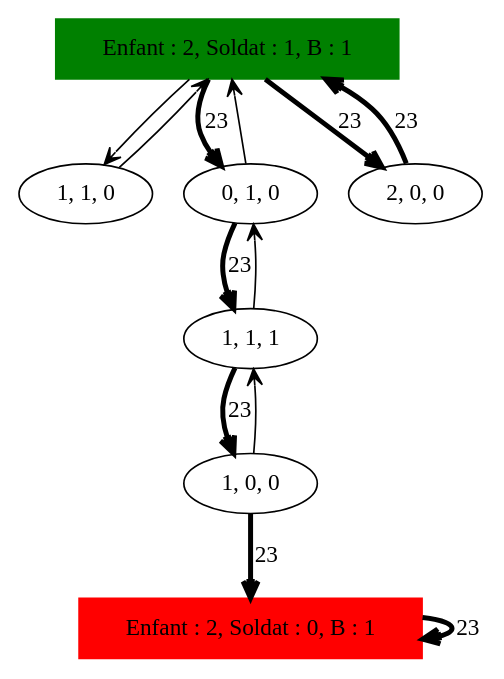
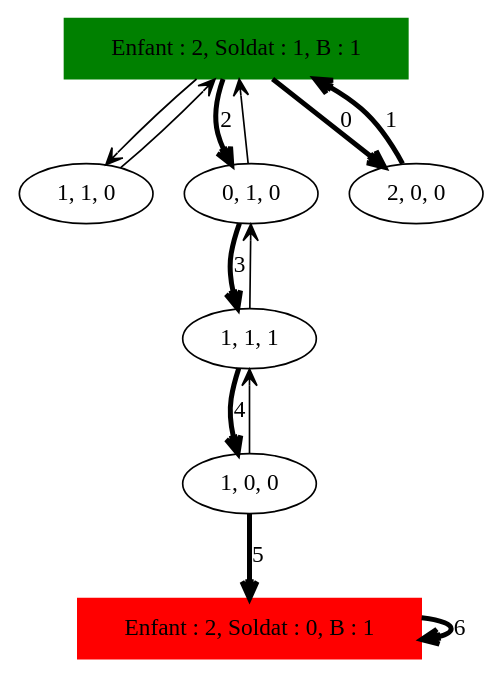
One commit to samsoucoupe/concept-a-ia changed the diagram in Concept_IA_Ben_dhiab_Roblin/DOT/Soldat/Soldat_Sol_23.dot. Above: the diagram before and after it, drawn with Graphviz. The commit also changed 251 other files, not shown here.

```diff
--- a/Concept_IA_Ben_dhiab_Roblin/DOT/Soldat/Soldat_Sol_23.dot
+++ b/Concept_IA_Ben_dhiab_Roblin/DOT/Soldat/Soldat_Sol_23.dot
@@ -1,16 +1,16 @@
 digraph Soldat_Sol_ {
 	initial [label="Enfant : 2, Soldat : 1, B : 1" color=green shape=box style=filled]
 	final [label="Enfant : 2, Soldat : 0, B : 1" color=red shape=box style=filled]
 	initial -> "1, 1, 0" [arrowhead=open]
-	initial -> "0, 1, 0" [label=23 arrowhead=open penwidth=3]
-	initial -> "2, 0, 0" [label=23 arrowhead=open penwidth=3]
-	"2, 0, 0" -> initial [label=23 arrowhead=open penwidth=3]
-	"0, 1, 0" -> "1, 1, 1" [label=23 arrowhead=open penwidth=3]
+	initial -> "0, 1, 0" [label=2 arrowhead=open penwidth=3]
+	initial -> "2, 0, 0" [label=0 arrowhead=open penwidth=3]
+	"2, 0, 0" -> initial [label=1 arrowhead=open penwidth=3]
+	"0, 1, 0" -> "1, 1, 1" [label=3 arrowhead=open penwidth=3]
 	"0, 1, 0" -> initial [arrowhead=open]
 	"1, 1, 1" -> "0, 1, 0" [arrowhead=open]
-	"1, 1, 1" -> "1, 0, 0" [label=23 arrowhead=open penwidth=3]
-	"1, 0, 0" -> final [label=23 arrowhead=open penwidth=3]
+	"1, 1, 1" -> "1, 0, 0" [label=4 arrowhead=open penwidth=3]
+	"1, 0, 0" -> final [label=5 arrowhead=open penwidth=3]
 	"1, 0, 0" -> "1, 1, 1" [arrowhead=open]
-	final -> final [label=23 arrowhead=open penwidth=3]
+	final -> final [label=6 arrowhead=open penwidth=3]
 	"1, 1, 0" -> initial [arrowhead=open]
 }
```
